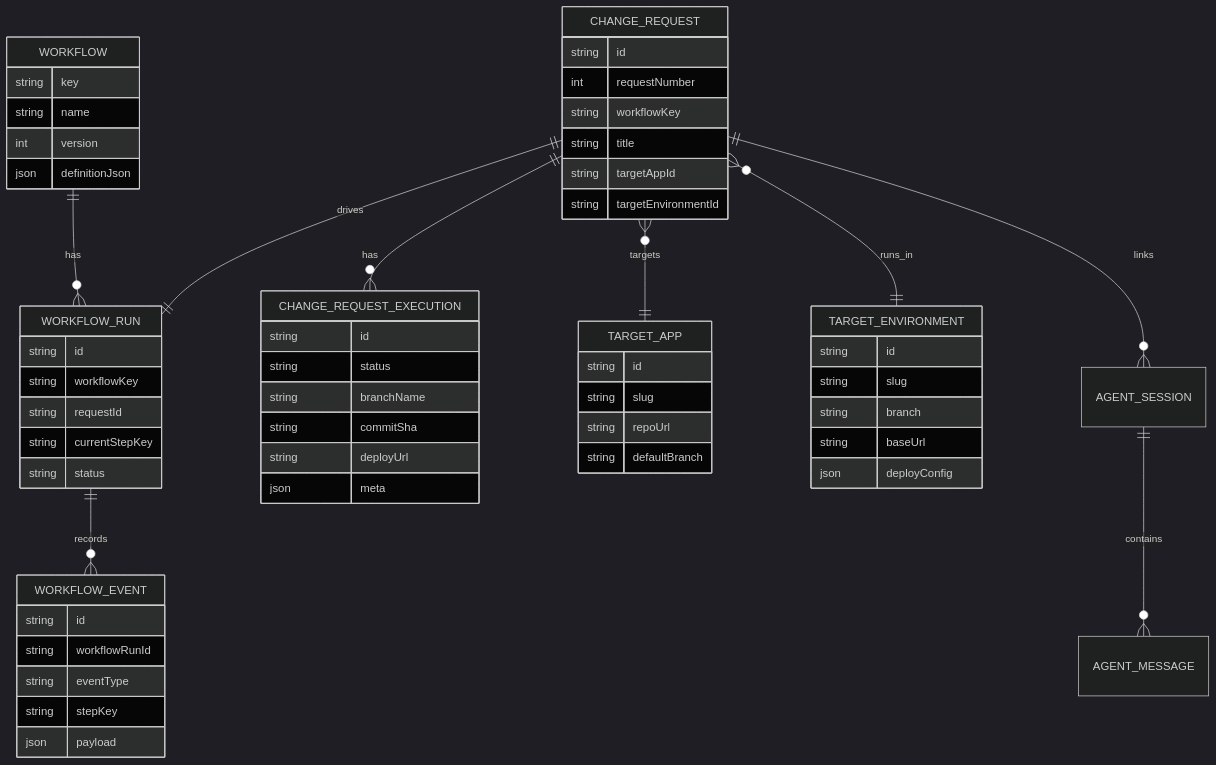
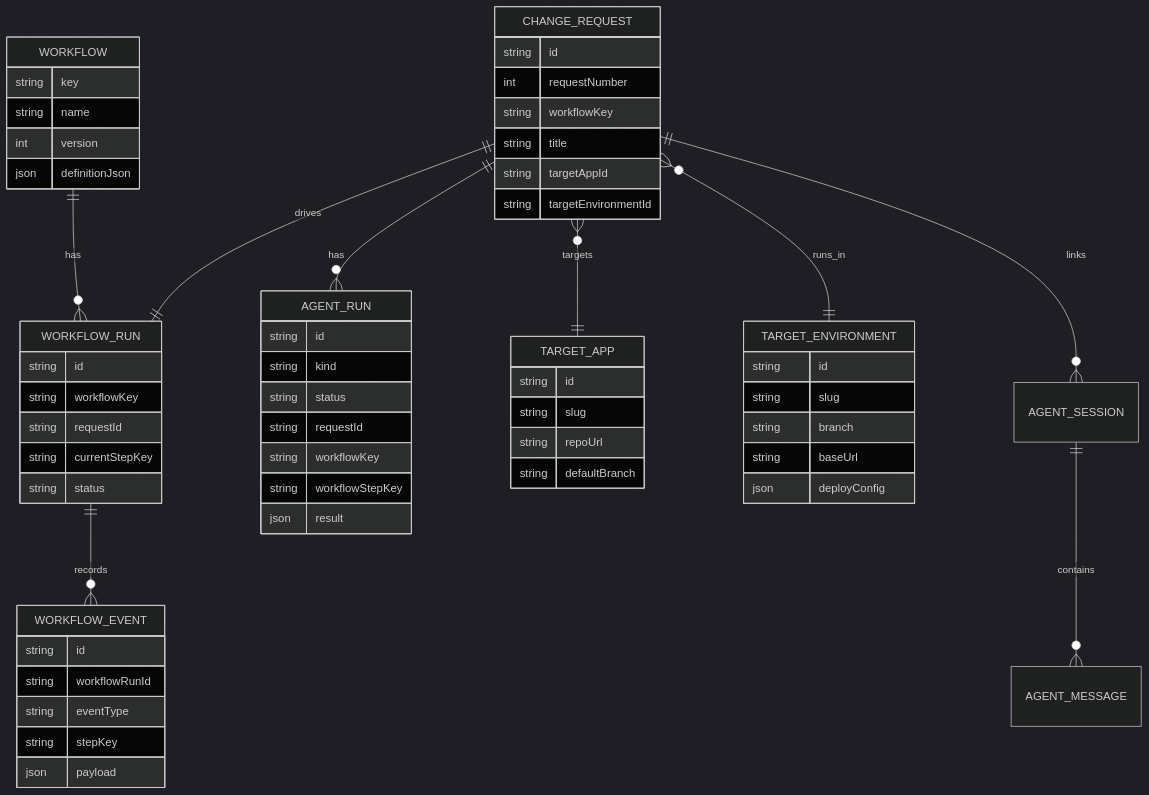
One commit to superprismio/prism-railway-template changed the seventh of 7 diagrams in docs/features/change-request-flow.md. Above: the diagram before and after it, drawn with Mermaid (dark theme). The commit also changed other lines of this file and 18 other files, not shown here.

````diff
--- a/docs/features/change-request-flow.md
+++ b/docs/features/change-request-flow.md
@@ -139,67 +139,68 @@
 ```mermaid
 erDiagram
     WORKFLOW ||--o{ WORKFLOW_RUN : has
     WORKFLOW_RUN ||--o{ WORKFLOW_EVENT : records
     CHANGE_REQUEST ||--|| WORKFLOW_RUN : drives
-    CHANGE_REQUEST ||--o{ CHANGE_REQUEST_EXECUTION : has
+    CHANGE_REQUEST ||--o{ AGENT_RUN : has
     CHANGE_REQUEST }o--|| TARGET_APP : targets
     CHANGE_REQUEST }o--|| TARGET_ENVIRONMENT : runs_in
     CHANGE_REQUEST ||--o{ AGENT_SESSION : links
     AGENT_SESSION ||--o{ AGENT_MESSAGE : contains
 
     WORKFLOW {
       string key
       string name
       int version
       json definitionJson
     }
 
     WORKFLOW_RUN {
       string id
       string workflowKey
       string requestId
       string currentStepKey
       string status
     }
 
     WORKFLOW_EVENT {
       string id
       string workflowRunId
       string eventType
       string stepKey
       json payload
     }
 
     CHANGE_REQUEST {
       string id
       int requestNumber
       string workflowKey
       string title
       string targetAppId
       string targetEnvironmentId
     }
 
-    CHANGE_REQUEST_EXECUTION {
+    AGENT_RUN {
       string id
+      string kind
       string status
-      string branchName
-      string commitSha
-      string deployUrl
-      json meta
+      string requestId
+      string workflowKey
+      string workflowStepKey
+      json result
     }
 
     TARGET_APP {
       string id
       string slug
       string repoUrl
       string defaultBranch
     }
 
     TARGET_ENVIRONMENT {
       string id
       string slug
       string branch
       string baseUrl
       json deployConfig
     }
 ```
````
